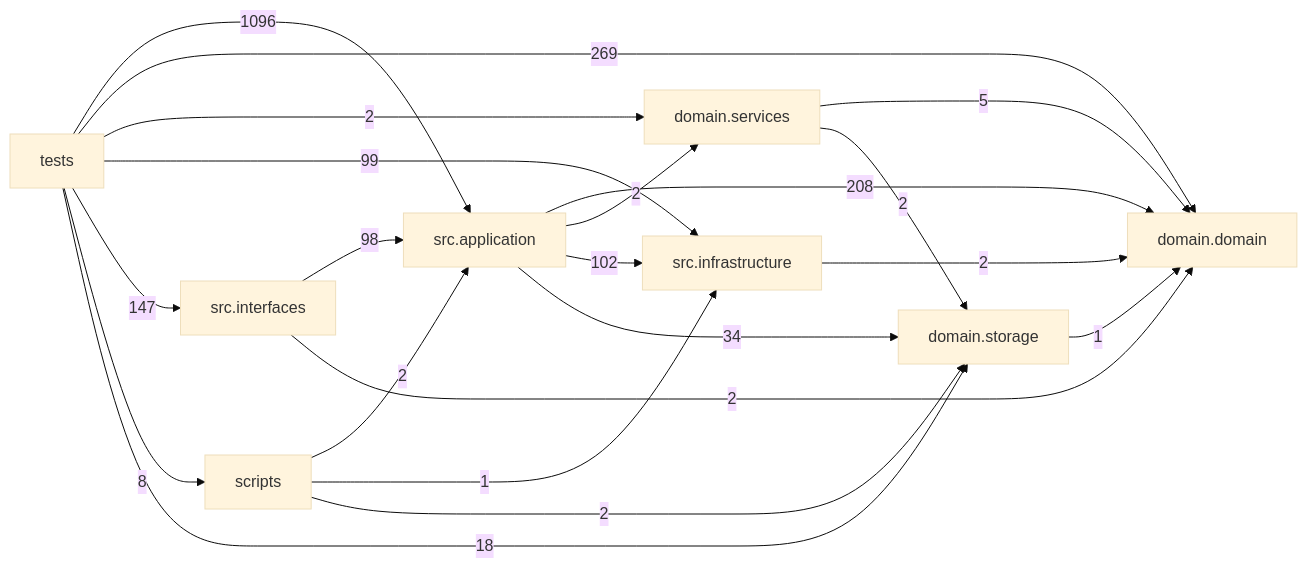
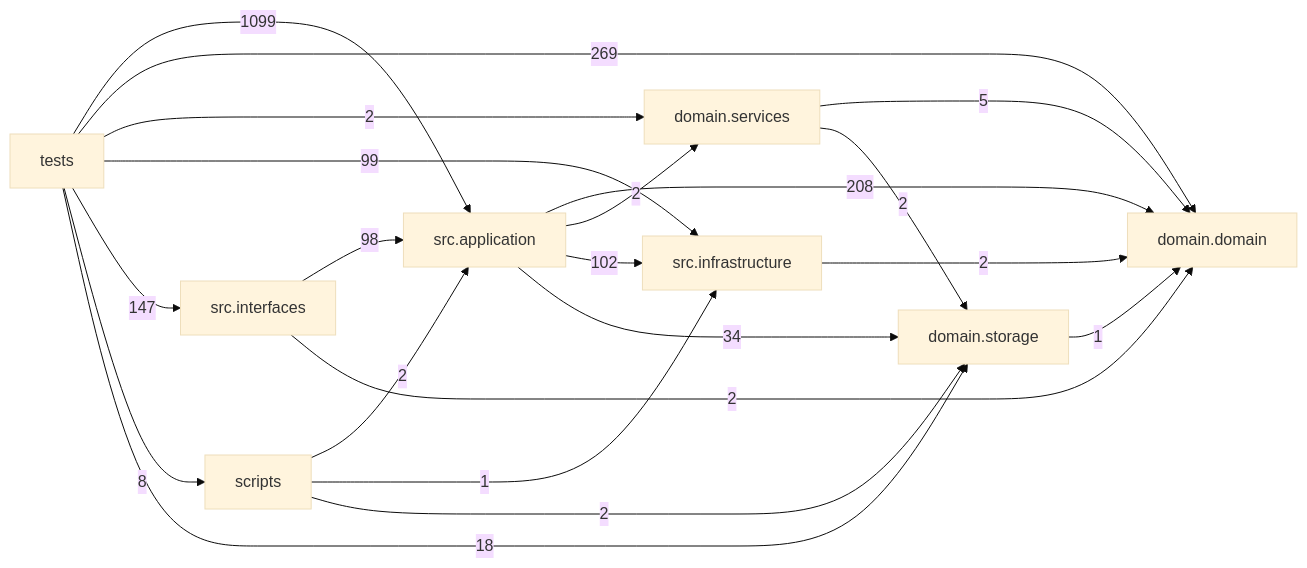
The diagram in docs/DEPENDENCY_GRAPH.md (liuxie066/options-monitor), drawn with Mermaid (base theme) before and after one commit. The commit also changed other lines of this file and 1 other file, not shown here.

````diff
--- a/docs/DEPENDENCY_GRAPH.md
+++ b/docs/DEPENDENCY_GRAPH.md
@@ -24,31 +24,31 @@
 ```mermaid
 flowchart LR
   tests["tests"]
   scripts["scripts"]
   interfaces["src.interfaces"]
   application["src.application"]
   infrastructure["src.infrastructure"]
   domain_services["domain.services"]
   domain["domain.domain"]
   storage["domain.storage"]
   application -->|208| domain
   application -->|2| domain_services
   application -->|102| infrastructure
   application -->|34| storage
   domain_services -->|5| domain
   domain_services -->|2| storage
   infrastructure -->|2| domain
   interfaces -->|98| application
   interfaces -->|2| domain
   scripts -->|2| application
   scripts -->|1| infrastructure
   scripts -->|2| storage
   storage -->|1| domain
-  tests -->|1096| application
+  tests -->|1099| application
   tests -->|269| domain
   tests -->|2| domain_services
   tests -->|99| infrastructure
   tests -->|147| interfaces
   tests -->|8| scripts
   tests -->|18| storage
 ```
````
